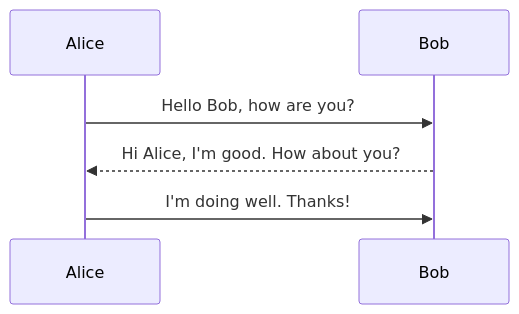
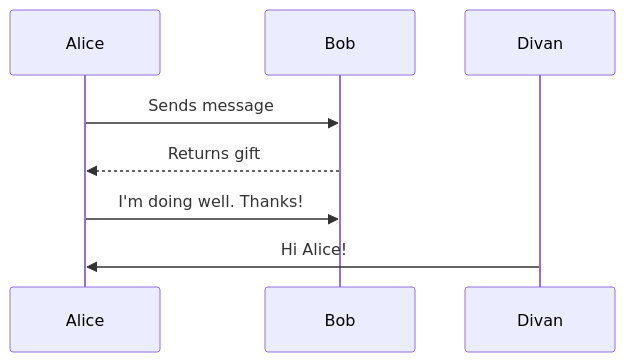
Before and after one commit to divanvisagie/md-tui: the diagram in mermaid.md, drawn with Mermaid. The commit also changed other lines of this file and 2 other files, not shown here.

Commit message:
First pass POC for rendering mermaid diagrams

````diff
--- a/mermaid.md
+++ b/mermaid.md
@@ -2,9 +8,11 @@
 ```mermaid
 sequenceDiagram
     participant Alice
     participant Bob
+    participant d as Divan
 
-    Alice->>Bob: Hello Bob, how are you?
-    Bob-->>Alice: Hi Alice, I'm good. How about you?
+    Alice->>Bob: Sends message
+    Bob-->>Alice: Returns gift
     Alice->>Bob: I'm doing well. Thanks!
+    d->>Alice: Hi Alice!
 ```
````
